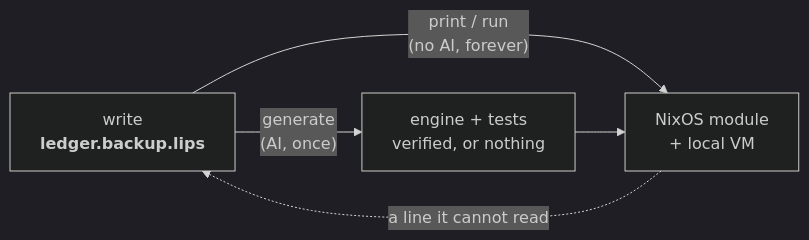
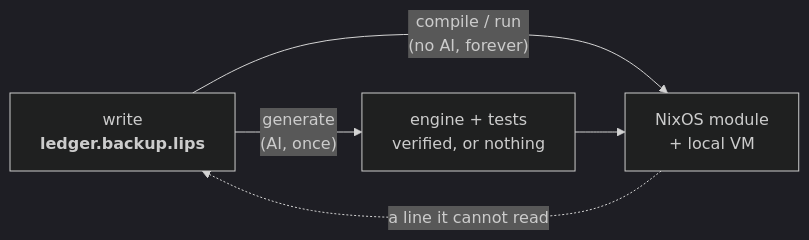
One commit to cornerman/lips changed the diagram in README.md. Above: the diagram before and after it, drawn with Mermaid (dark theme). The commit also changed other lines of this file and 4 other files, not shown here.

Commit message:
cli: replace print (stdout) with compile (writes a module directory)

````diff
--- a/README.md
+++ b/README.md
@@ -95,8 +96,8 @@
 ```mermaid
 flowchart LR
     W["write<br><b>ledger.backup.lips</b>"]
     W -->|"generate<br>(AI, once)"| E["engine + tests<br>verified, or nothing"]
-    W -->|"print / run<br>(no AI, forever)"| M["NixOS module<br>+ local VM"]
+    W -->|"compile / run<br>(no AI, forever)"| M["NixOS module<br>+ local VM"]
     E --> M
     M -.->|"a line it cannot read"| W
 ```
````
